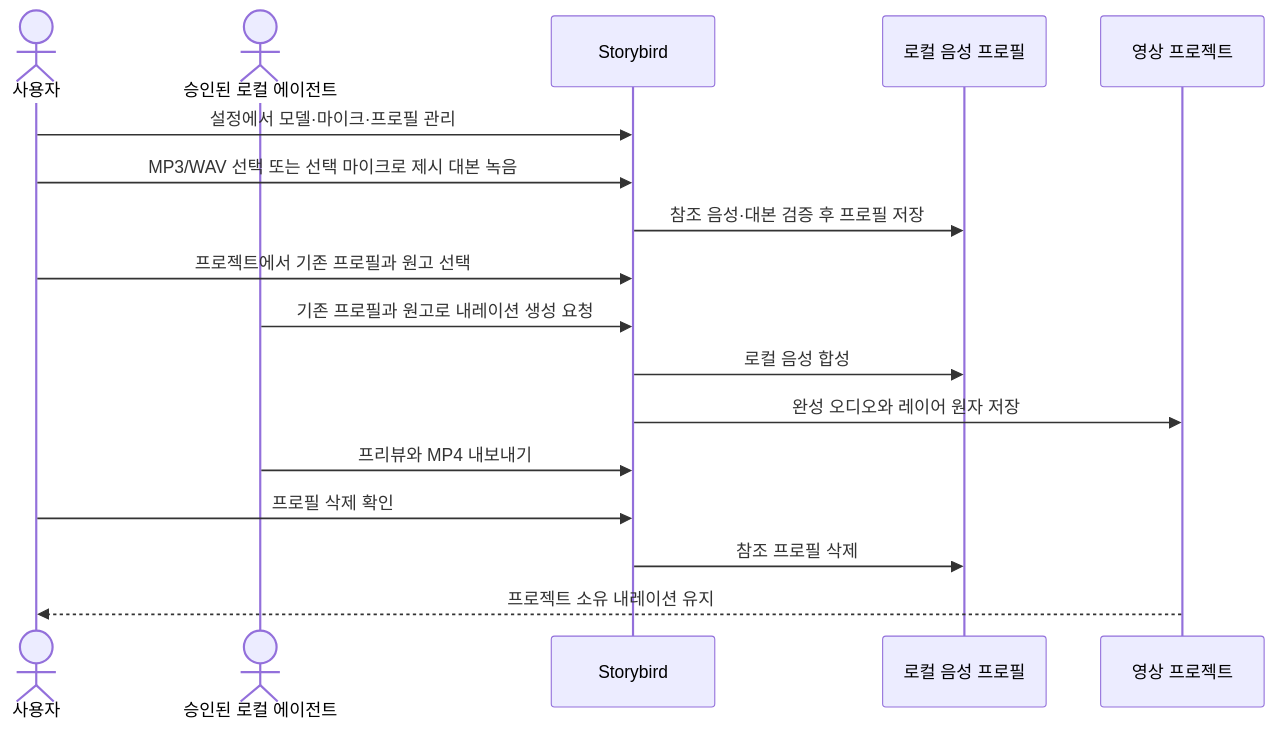
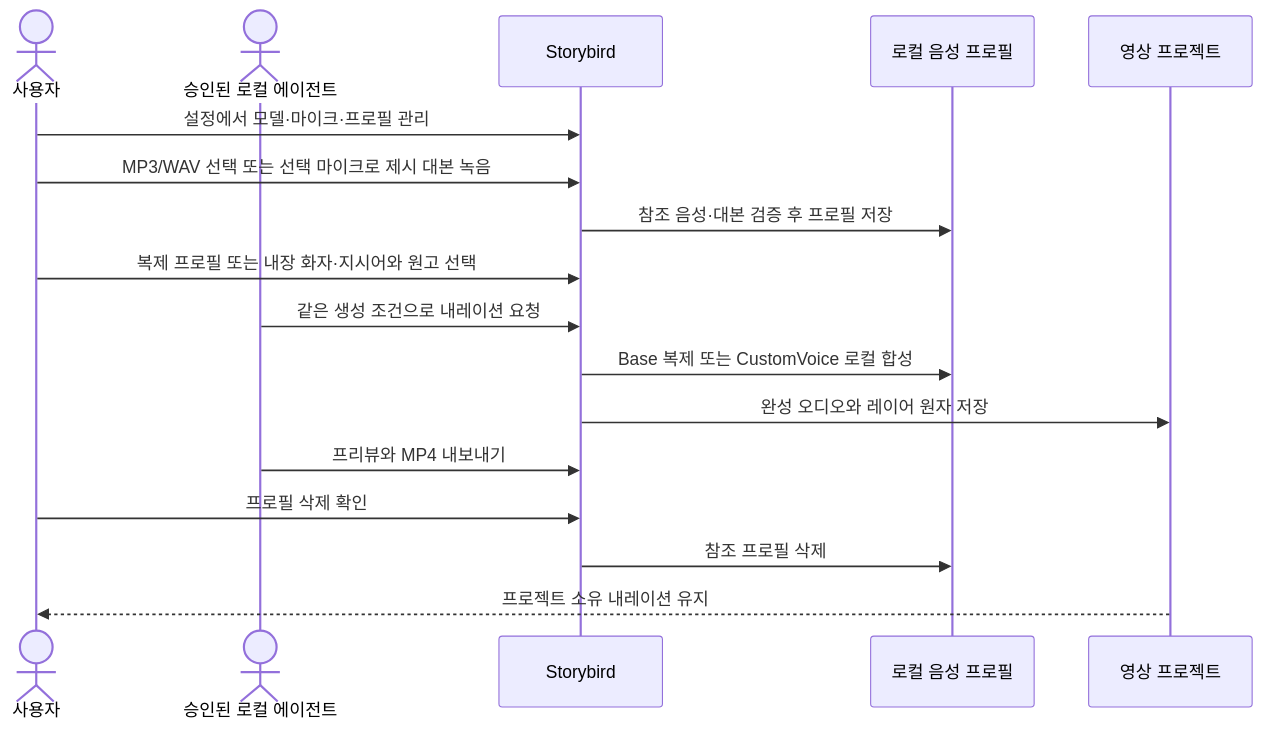
The diagram in docs/adr/voice-narration/0001-local-cloned-voice-narration.md (haandol/storybird), drawn with Mermaid before and after one commit. The commit also changed other lines of this file and 46 other files, not shown here.

Commit message:
feat(authoring): add custom voice controls and model management

````diff
--- a/docs/adr/voice-narration/0001-local-cloned-voice-narration.md
+++ b/docs/adr/voice-narration/0001-local-cloned-voice-narration.md
@@ -255,20 +284,20 @@
 ```mermaid
 sequenceDiagram
     actor User as 사용자
     actor Agent as 승인된 로컬 에이전트
     participant Storybird
     participant Voice as 로컬 음성 프로필
     participant Project as 영상 프로젝트
 
     User->>Storybird: 설정에서 모델·마이크·프로필 관리
     User->>Storybird: MP3/WAV 선택 또는 선택 마이크로 제시 대본 녹음
     Storybird->>Voice: 참조 음성·대본 검증 후 프로필 저장
-    User->>Storybird: 프로젝트에서 기존 프로필과 원고 선택
-    Agent->>Storybird: 기존 프로필과 원고로 내레이션 생성 요청
-    Storybird->>Voice: 로컬 음성 합성
+    User->>Storybird: 복제 프로필 또는 내장 화자·지시어와 원고 선택
+    Agent->>Storybird: 같은 생성 조건으로 내레이션 요청
+    Storybird->>Voice: Base 복제 또는 CustomVoice 로컬 합성
     Storybird->>Project: 완성 오디오와 레이어 원자 저장
     Agent->>Storybird: 프리뷰와 MP4 내보내기
     User->>Storybird: 프로필 삭제 확인
     Storybird->>Voice: 참조 프로필 삭제
     Project-->>User: 프로젝트 소유 내레이션 유지
 ```
````
